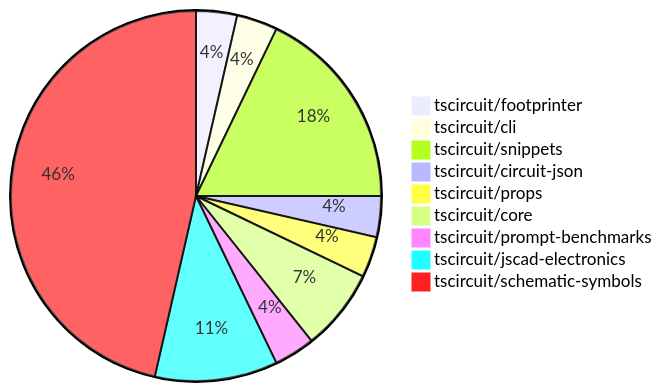
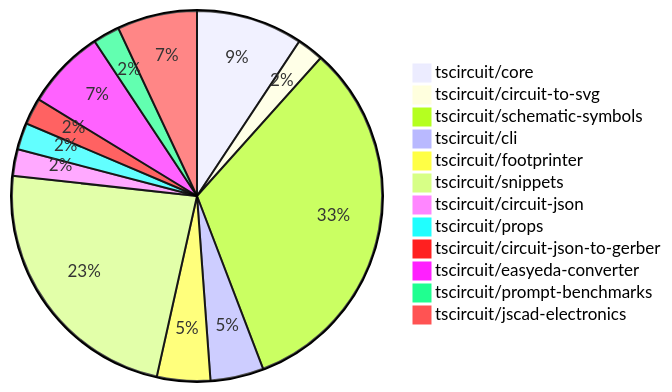
One commit to tscircuit/contribution-tracker changed the diagram in contribution-overviews/2024-10-05.md. Above: the diagram before and after it, drawn with Mermaid. The commit also changed other lines of this file and 1 other file, not shown here.

````diff
--- a/contribution-overviews/2024-10-05.md
+++ b/contribution-overviews/2024-10-05.md
@@ -5,12 +5,15 @@
 ```mermaid
 pie
-    "tscircuit/footprinter" : 1
-    "tscircuit/cli" : 1
-    "tscircuit/snippets" : 5
+    "tscircuit/core" : 4
+    "tscircuit/circuit-to-svg" : 1
+    "tscircuit/schematic-symbols" : 14
+    "tscircuit/cli" : 2
+    "tscircuit/footprinter" : 2
+    "tscircuit/snippets" : 10
     "tscircuit/circuit-json" : 1
     "tscircuit/props" : 1
-    "tscircuit/core" : 2
+    "tscircuit/circuit-json-to-gerber" : 1
+    "tscircuit/easyeda-converter" : 3
     "tscircuit/prompt-benchmarks" : 1
     "tscircuit/jscad-electronics" : 3
-    "tscircuit/schematic-symbols" : 13
 ```
````
